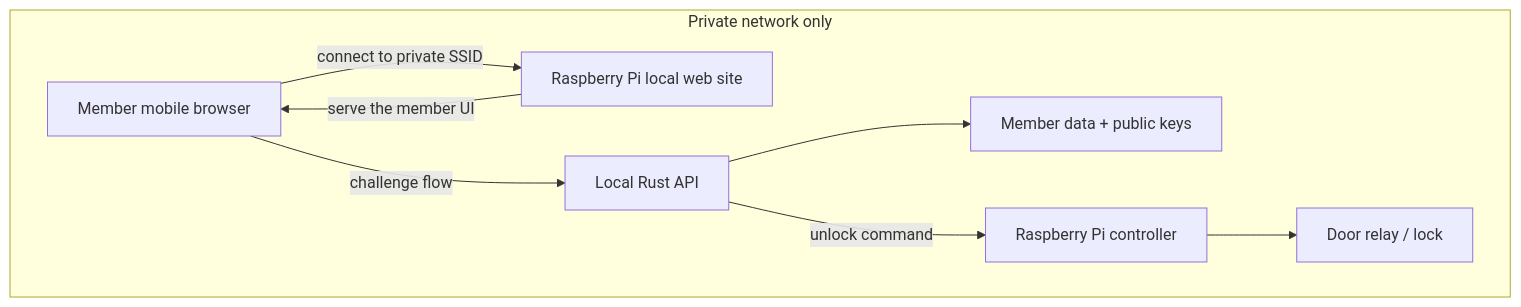
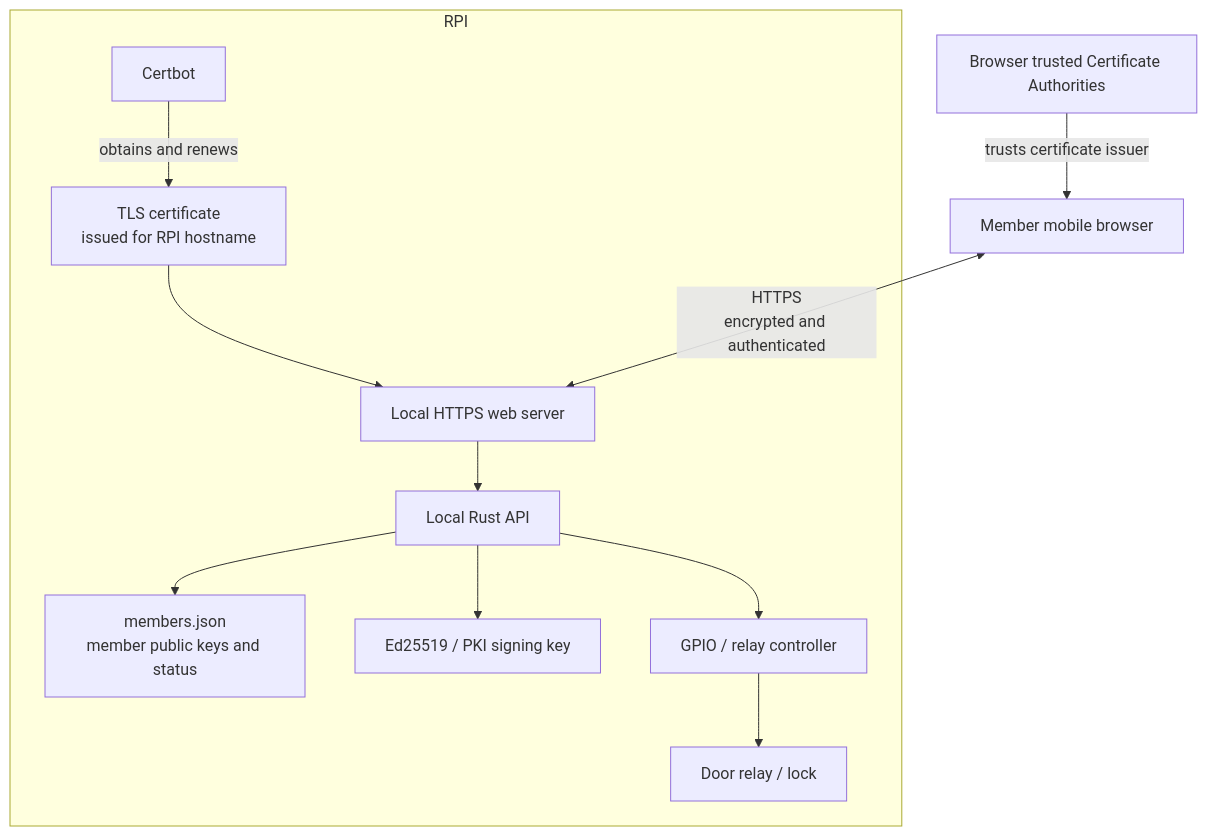
One commit to tplive/harstadmakers changed the second of 6 diagrams in architecture-diagrams.md. Above: the diagram before and after it, drawn with Mermaid. The commit also changed other lines of this file, not shown here.

Commit message:
Oppdatere arkitekturdiagram

````diff
--- a/architecture-diagrams.md
+++ b/architecture-diagrams.md
@@ -27,18 +31,27 @@
 ```mermaid
 flowchart TB
-    subgraph PrivateNetwork[Private network only]
-        MobileBrowser[Member mobile browser]
-        PiWebSite[Raspberry Pi local web site]
+    subgraph RPI[RPI]
+        Certbot[Certbot]
+        Certificate[TLS certificate<br/>issued for RPI hostname]
+        WebServer[Local HTTPS web server]
         RustAPI[Local Rust API]
-        MemberStore[Member data + public keys]
-        DoorPi[Raspberry Pi controller]
+        MemberStore[members.json<br/>member public keys and status]
+        ServerIdentity[Ed25519 / PKI signing key]
+        DoorController[GPIO / relay controller]
         DoorHardware[Door relay / lock]
+
+        Certbot -->|obtains and renews| Certificate
+        Certificate --> WebServer
+        WebServer --> RustAPI
+        RustAPI --> MemberStore
+        RustAPI --> ServerIdentity
+        RustAPI --> DoorController
+        DoorController --> DoorHardware
     end
 
-    MobileBrowser -->|connect to private SSID| PiWebSite
-    PiWebSite -->|serve the member UI| MobileBrowser
-    MobileBrowser -->|challenge flow| RustAPI
-    RustAPI --> MemberStore
-    RustAPI -->|unlock command| DoorPi
-    DoorPi --> DoorHardware
+    MobileBrowser[Member mobile browser]
+    BrowserCAs[Browser trusted Certificate Authorities]
+
+    BrowserCAs -->|trusts certificate issuer| MobileBrowser
+    MobileBrowser <-->|HTTPS<br/>encrypted and authenticated| WebServer
 ```
````
